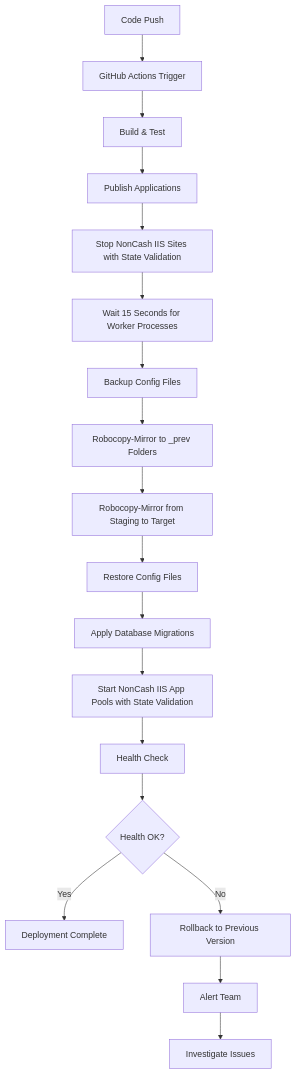
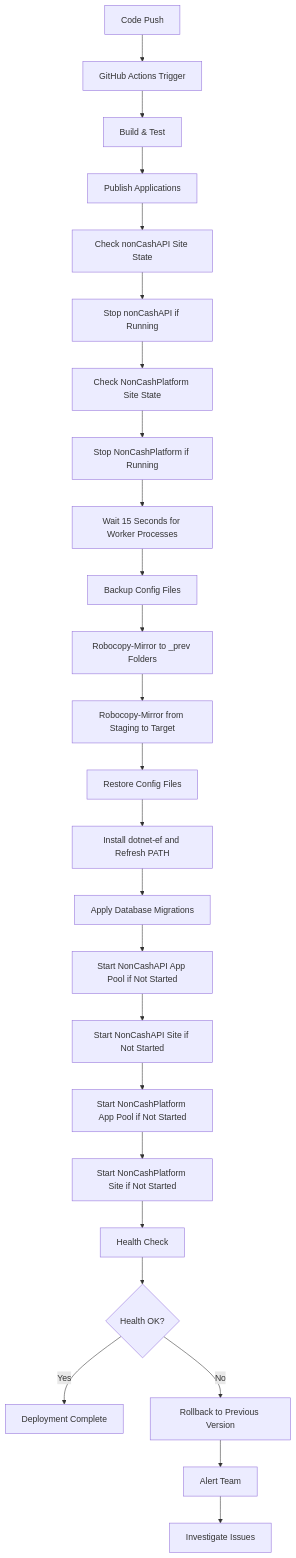
The seventh of 7 diagrams in .qoder/repowiki/en/content/Configuration and Deployment/Deployment Strategies and Infrastructure.md (lamhongbac/NonCash), drawn with Mermaid before and after one commit. The commit also changed other lines of this file and 26 other files, not shown here.

````diff
--- a/.qoder/repowiki/en/content/Configuration and Deployment/Deployment Strategies and Infrastructure.md
+++ b/.qoder/repowiki/en/content/Configuration and Deployment/Deployment Strategies and Infrastructure.md
@@ -623,20 +635,27 @@
 ```mermaid
 flowchart TD
 A[Code Push] --> B[GitHub Actions Trigger]
 B --> C[Build & Test]
 C --> D[Publish Applications]
-D --> E[Stop NonCash IIS Sites with State Validation]
-E --> F[Wait 15 Seconds for Worker Processes]
-F --> G[Backup Config Files]
-G --> H[Robocopy-Mirror to _prev Folders]
-H --> I[Robocopy-Mirror from Staging to Target]
-I --> J[Restore Config Files]
-J --> K[Apply Database Migrations]
-K --> L[Start NonCash IIS App Pools with State Validation]
-L --> M[Health Check]
-M --> N{Health OK?}
-N --> |Yes| O[Deployment Complete]
-N --> |No| P[Rollback to Previous Version]
-P --> Q[Alert Team]
-Q --> R[Investigate Issues]
+D --> E[Check nonCashAPI Site State]
+E --> F[Stop nonCashAPI if Running]
+F --> G[Check NonCashPlatform Site State]
+G --> H[Stop NonCashPlatform if Running]
+H --> I[Wait 15 Seconds for Worker Processes]
+I --> J[Backup Config Files]
+J --> K[Robocopy-Mirror to _prev Folders]
+K --> L[Robocopy-Mirror from Staging to Target]
+L --> M[Restore Config Files]
+M --> N[Install dotnet-ef and Refresh PATH]
+N --> O[Apply Database Migrations]
+O --> P[Start NonCashAPI App Pool if Not Started]
+P --> Q[Start NonCashAPI Site if Not Started]
+Q --> R[Start NonCashPlatform App Pool if Not Started]
+R --> S[Start NonCashPlatform Site if Not Started]
+S --> T[Health Check]
+T --> U{Health OK?}
+U --> |Yes| V[Deployment Complete]
+U --> |No| W[Rollback to Previous Version]
+W --> X[Alert Team]
+X --> Y[Investigate Issues]
 ```
````
